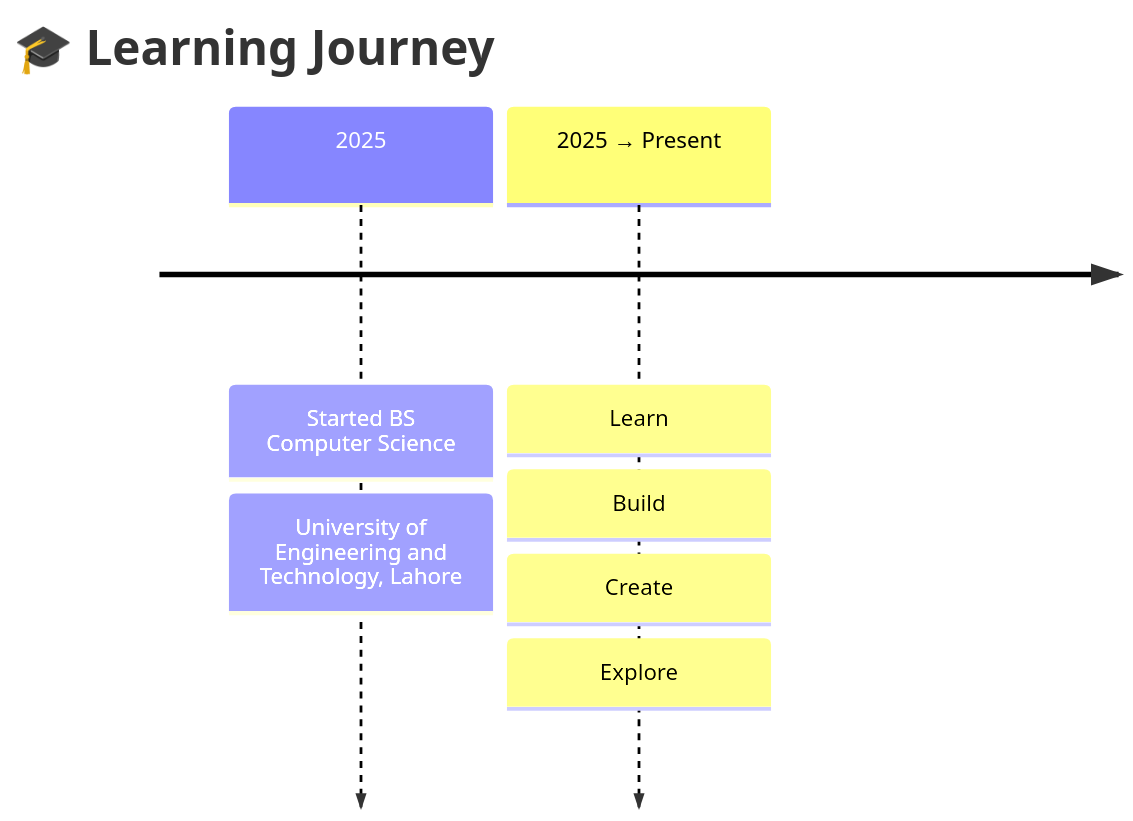
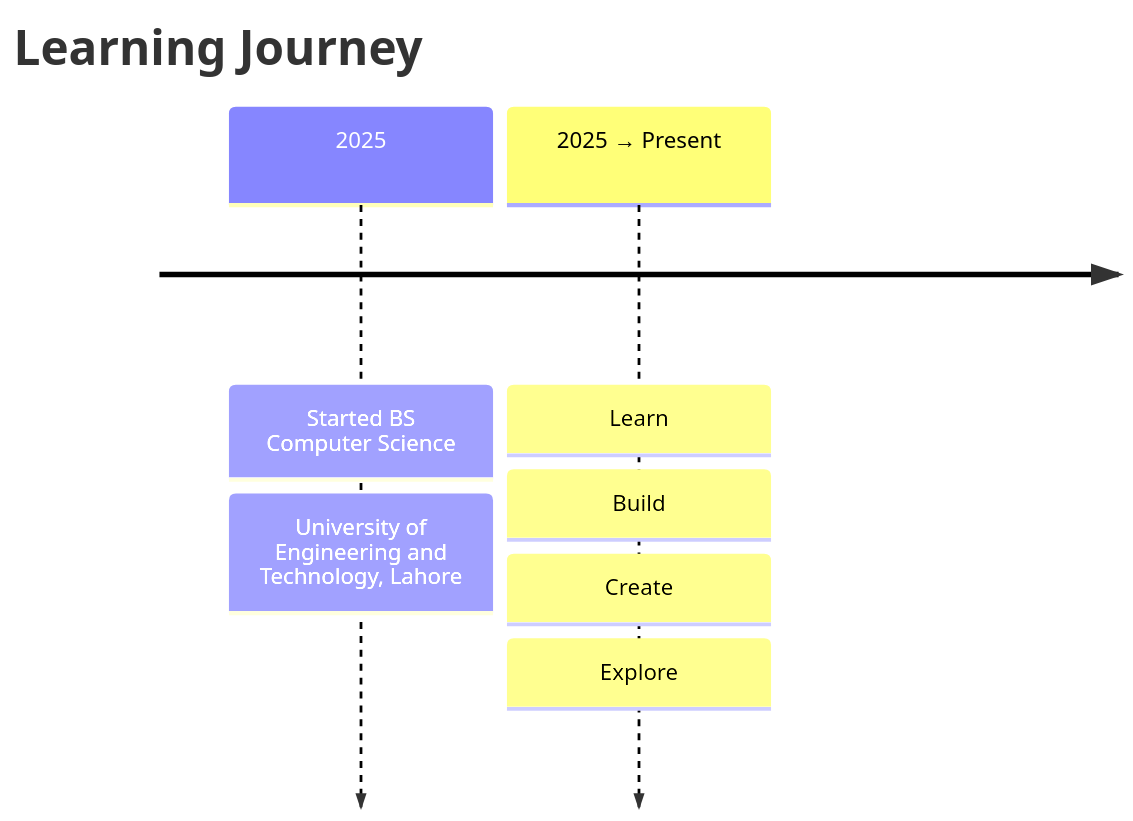
One commit to alebaqinduni/alebaqinduni changed the fourth of 4 diagrams in README.md. Above: the diagram before and after it, drawn with Mermaid. The commit also changed other lines of this file, not shown here.

````diff
--- a/README.md
+++ b/README.md
@@ -178,10 +185,10 @@
 ```mermaid
 timeline
-    title 🎓 Learning Journey
+    title Learning Journey
     2025 : Started BS Computer Science
          : University of Engineering and Technology, Lahore
     2025 → Present : Learn
                    : Build
                    : Create
                    : Explore
 ```
````
